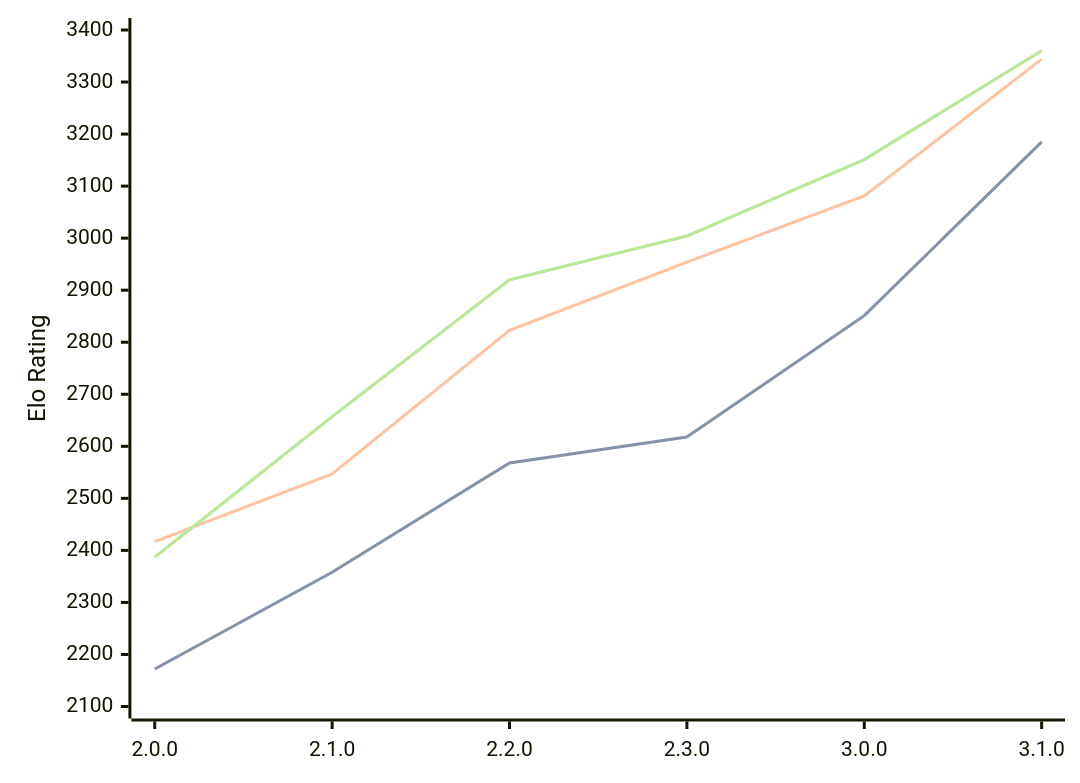
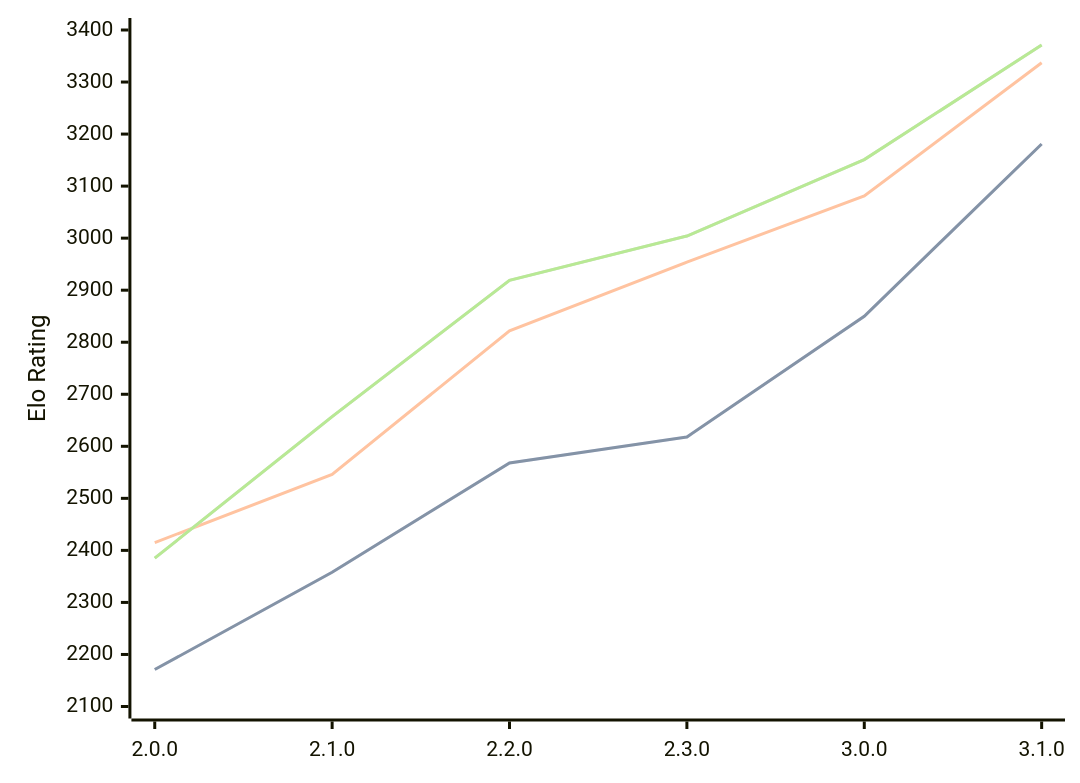
The diagram in engines/Raphael.md (computer-chess-index/cci), drawn with Mermaid before and after one commit. The commit also changed other lines of this file, not shown here.

Commit message:
Update CCI Ratings (ELO VLTC) - 2026-03-03

````diff
--- a/engines/Raphael.md
+++ b/engines/Raphael.md
@@ -46,11 +46,11 @@
 ```mermaid
 %%{init: {"theme":"base","themeVariables":{"seriesColors:['#a3a3a3','#222221','#faa371']}}}%%
 xychart-beta
   x-axis ["2.0.0", "2.1.0", "2.2.0", "2.3.0", "3.0.0", "3.1.0"]
   y-axis "Elo Rating" 2100 --> 3400
-  line "STC (8.0+0.08s)" [2172, 2358, 2568, 2618, 2851, 3185]
-  line "STC (8.0+0.08s)" [2172, 2358, 2568, 2618, 2851, 3185]
-  line "LTC (60.0+0.60s)" [2417, 2547, 2823, 2954, 3081, 3344]
-  line "VLTC (2m24s+1.12s)" [2387, 2657, 2920, 3004, 3151, 3360]
-  line "VLTC (2m24s+1.12s)" [2387, 2657, 2920, 3004, 3151, 3360]
+  line "STC (8.0+0.08s)" [2171, 2358, 2568, 2618, 2850, 3181]
+  line "STC (8.0+0.08s)" [2171, 2358, 2568, 2618, 2850, 3181]
+  line "LTC (60.0+0.60s)" [2415, 2546, 2822, 2954, 3081, 3337]
+  line "VLTC (2m24s+1.12s)" [2385, 2657, 2919, 3004, 3151, 3371]
+  line "VLTC (2m24s+1.12s)" [2385, 2657, 2919, 3004, 3151, 3371]
 ```
````
